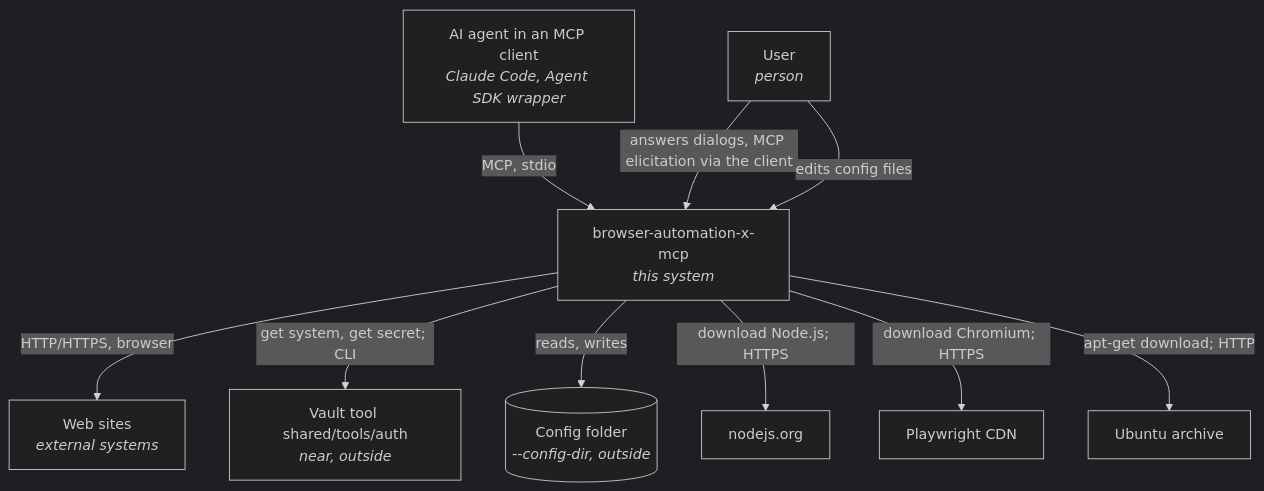
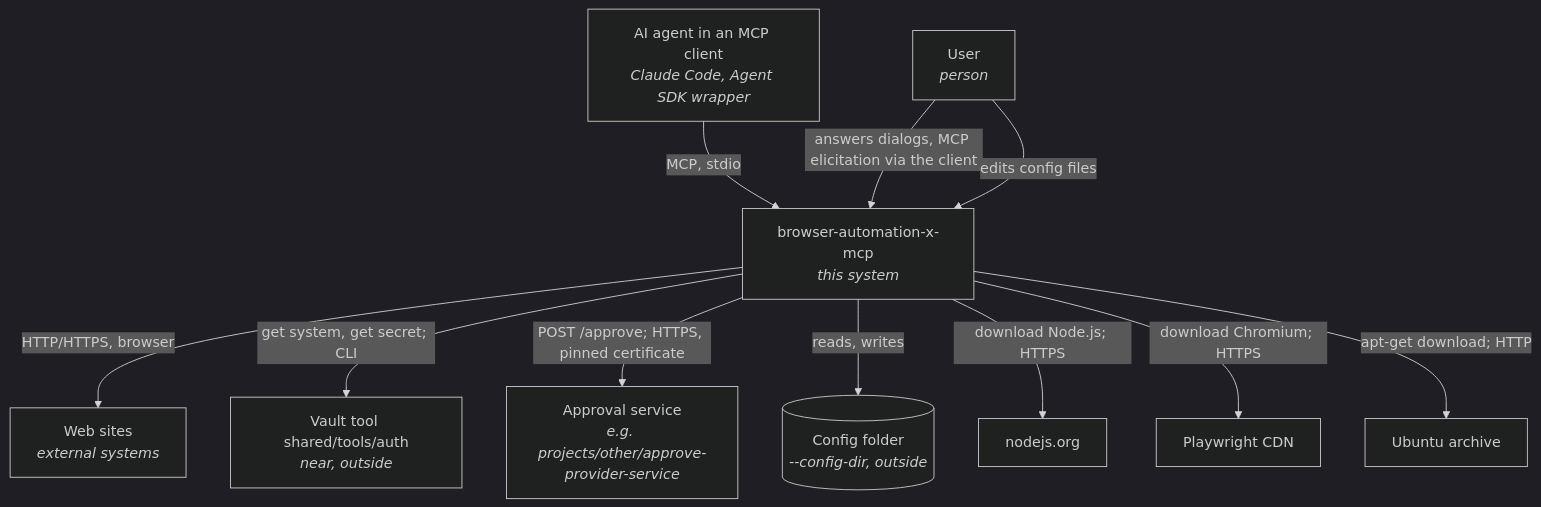
The first of 9 diagrams in tools/browser-automation-x-mcp/sdd/DESIGN.md (npstash/shared), drawn with Mermaid (dark theme) before and after one commit. The commit also changed other lines of this file and 51 other files, not shown here.

Commit message:
browser-automation-x-mcp: JSON configs, provider kinds with value matching, discovery into sites.json, approval providers

````diff
--- a/tools/browser-automation-x-mcp/sdd/DESIGN.md
+++ b/tools/browser-automation-x-mcp/sdd/DESIGN.md
@@ -40,12 +40,13 @@
 ```mermaid
 flowchart TD
     A[AI agent in an MCP client<br/><i>Claude Code, Agent SDK wrapper</i>] -->|MCP, stdio| S[browser-automation-x-mcp<br/><i>this system</i>]
     U[User<br/><i>person</i>] -->|answers dialogs, MCP elicitation via the client| S
     U -->|edits config files| S
     S -->|HTTP/HTTPS, browser| W[Web sites<br/><i>external systems</i>]
     S -->|get system, get secret; CLI| V[Vault tool shared/tools/auth<br/><i>near, outside</i>]
+    S -->|POST /approve; HTTPS, pinned certificate| AS[Approval service<br/><i>e.g. projects/other/approve-provider-service</i>]
     S -->|reads, writes| K[(Config folder<br/><i>--config-dir, outside</i>)]
     S -->|download Node.js; HTTPS| N[nodejs.org]
     S -->|download Chromium; HTTPS| P[Playwright CDN]
     S -->|apt-get download; HTTP| D[Ubuntu archive]
 ```
````
